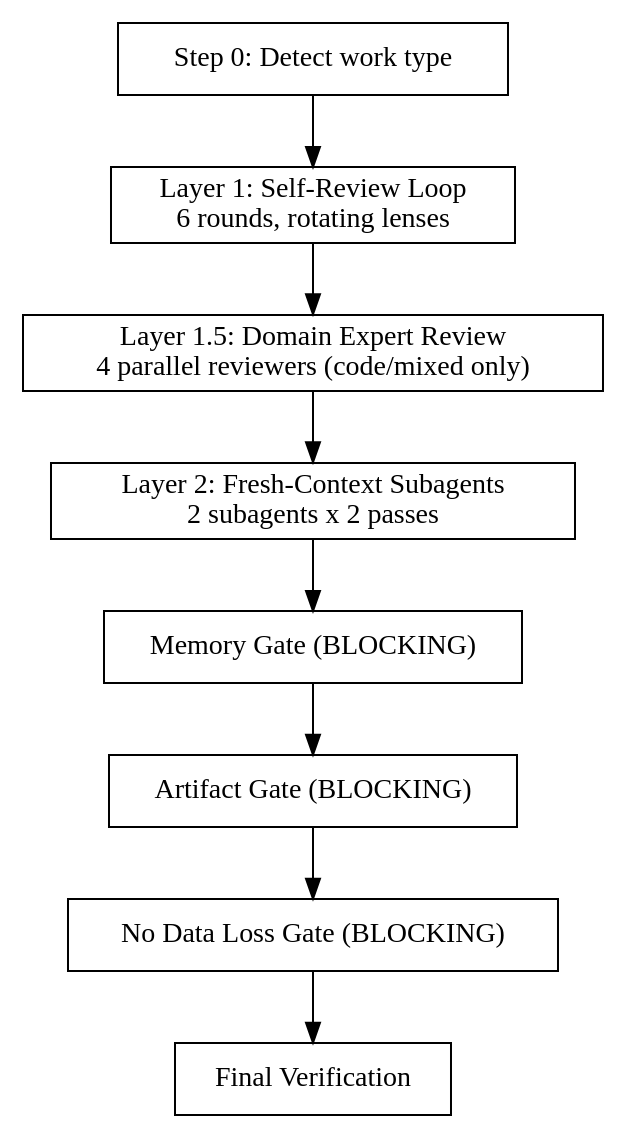
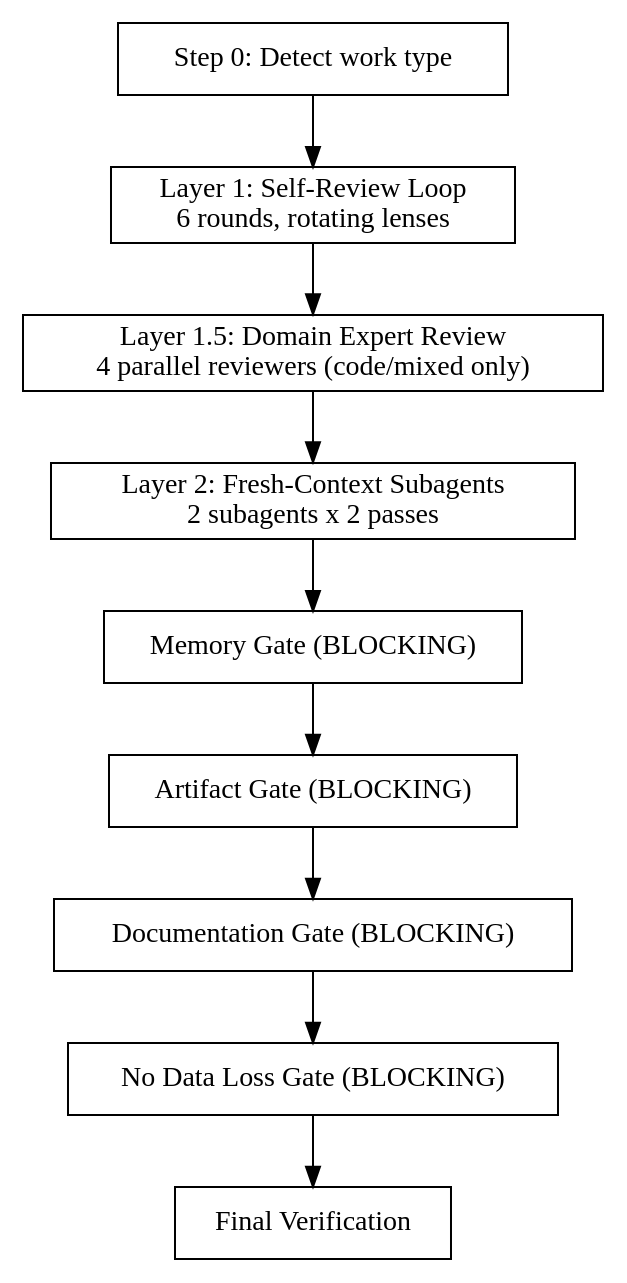
Before and after one commit to wgordon17/personal-claude-marketplace: the diagram in code-quality/skills/quality-gate/SKILL.md, drawn with Graphviz. The commit also changed other lines of this file and 35 other files, not shown here.

````diff
--- a/code-quality/skills/quality-gate/SKILL.md
+++ b/code-quality/skills/quality-gate/SKILL.md
@@ -33,15 +33,16 @@
 ```dot
 digraph quality_gate {
   rankdir=TB;
   node [shape=box];
   detect [label="Step 0: Detect work type"];
   layer1 [label="Layer 1: Self-Review Loop\n6 rounds, rotating lenses"];
   layer1_5 [label="Layer 1.5: Domain Expert Review\n4 parallel reviewers (code/mixed only)"];
   layer2 [label="Layer 2: Fresh-Context Subagents\n2 subagents x 2 passes"];
   memory [label="Memory Gate (BLOCKING)"];
   artifact [label="Artifact Gate (BLOCKING)"];
+  docs [label="Documentation Gate (BLOCKING)"];
   nodataloss [label="No Data Loss Gate (BLOCKING)"];
   final [label="Final Verification"];
-  detect -> layer1 -> layer1_5 -> layer2 -> memory -> artifact -> nodataloss -> final;
+  detect -> layer1 -> layer1_5 -> layer2 -> memory -> artifact -> docs -> nodataloss -> final;
 }
 ```
````
